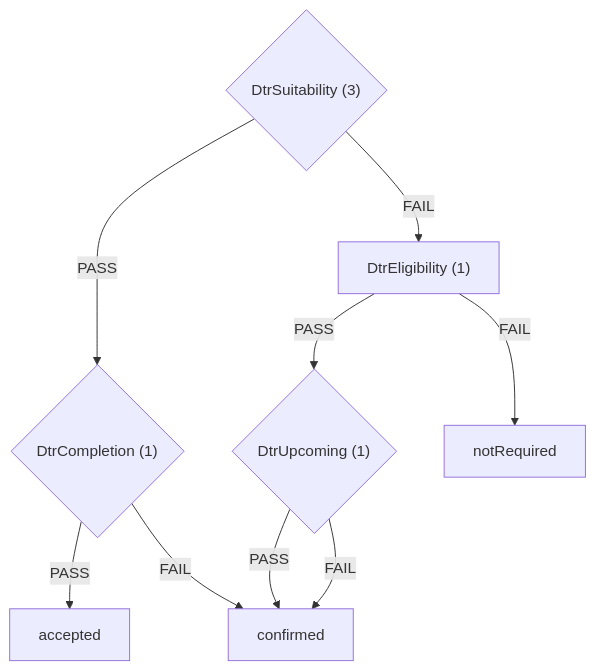
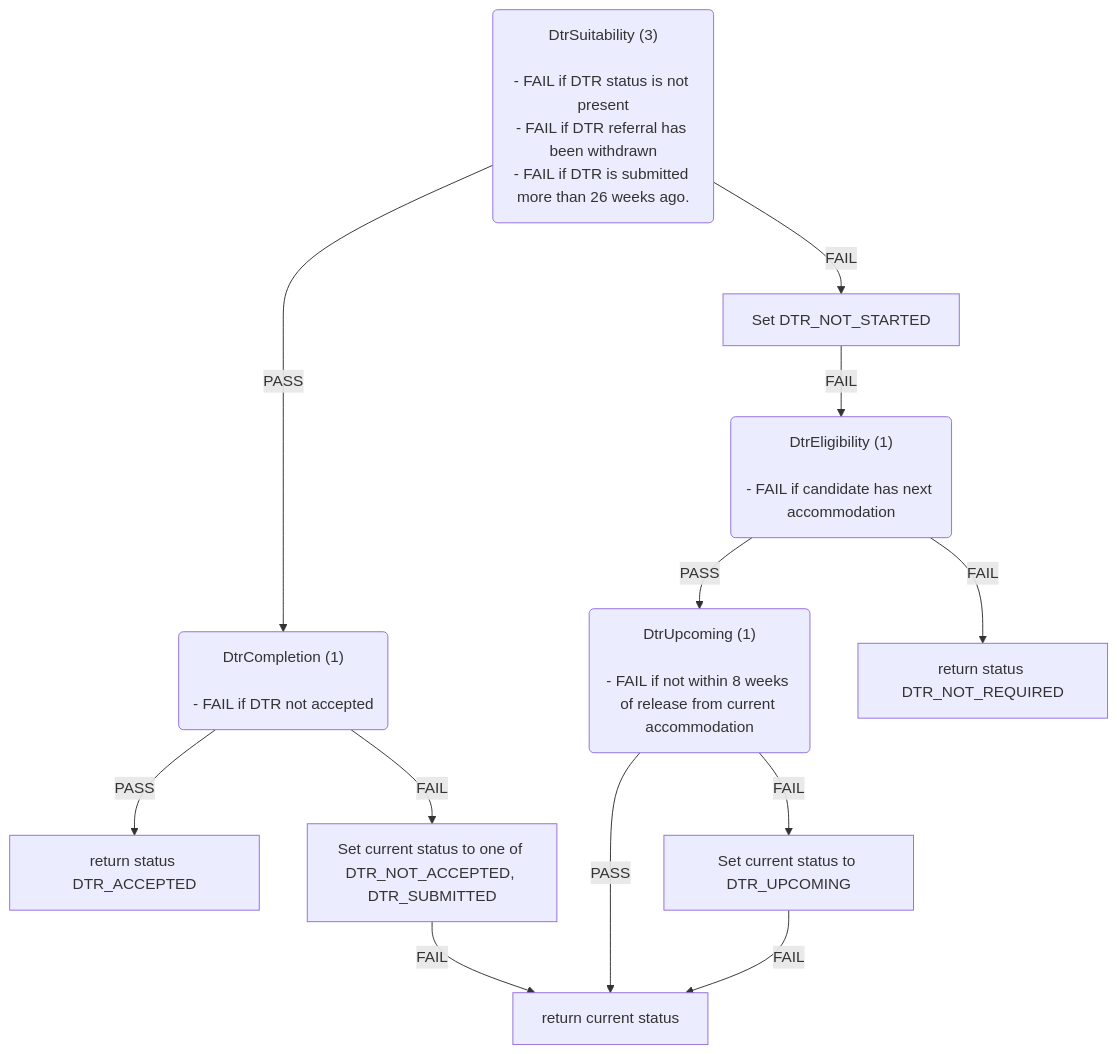
One commit to ministryofjustice/hmpps-single-accommodation-service-api changed the fifth of 6 diagrams in docs/eligibility-rules-graph.md. Above: the diagram before and after it, drawn with Mermaid. The commit also changed other lines of this file and 25 other files, not shown here.

First line of the commit message:
Rules graph improvements

````diff
--- a/docs/eligibility-rules-graph.md
+++ b/docs/eligibility-rules-graph.md
@@ -294,18 +388,34 @@
 ```mermaid
 flowchart TD
-  DtrSuitability{"DtrSuitability (3)"}
-  DtrCompletion{"DtrCompletion (1)"}
-  accepted["accepted"]
-  confirmed["confirmed"]
-  DtrEligibility["DtrEligibility (1)"]
-  DtrUpcoming{"DtrUpcoming (1)"}
-  notRequired["notRequired"]
-  DtrCompletion -->|PASS| accepted
-  DtrCompletion -->|FAIL| confirmed
-  DtrUpcoming -->|PASS| confirmed
-  DtrUpcoming -->|FAIL| confirmed
+  DtrSuitability("DtrSuitability (3)
+
+- FAIL if DTR status is not present
+- FAIL if DTR referral has been withdrawn
+- FAIL if DTR is submitted more than 26 weeks ago.")
+  DtrCompletion("DtrCompletion (1)
+
+- FAIL if DTR not accepted")
+  return_status_DTR_ACCEPTED["return status DTR_ACCEPTED"]
+  Set_current_status_to_one_of_DTR_NOT_ACCEPTED__DTR_SUBMITTED["Set current status to one of DTR_NOT_ACCEPTED, DTR_SUBMITTED"]
+  return_current_status["return current status"]
+  Set_DTR_NOT_STARTED["Set DTR_NOT_STARTED"]
+  DtrEligibility("DtrEligibility (1)
+
+- FAIL if candidate has next accommodation")
+  DtrUpcoming("DtrUpcoming (1)
+
+- FAIL if not within 8 weeks of release from current accommodation")
+  Set_current_status_to_DTR_UPCOMING["Set current status to DTR_UPCOMING"]
+  return_status_DTR_NOT_REQUIRED["return status DTR_NOT_REQUIRED"]
+  DtrCompletion -->|PASS| return_status_DTR_ACCEPTED
+  DtrCompletion -->|FAIL| Set_current_status_to_one_of_DTR_NOT_ACCEPTED__DTR_SUBMITTED
+  Set_current_status_to_one_of_DTR_NOT_ACCEPTED__DTR_SUBMITTED -->|FAIL| return_current_status
+  DtrSuitability -->|PASS| DtrCompletion
+  DtrSuitability -->|FAIL| Set_DTR_NOT_STARTED
+  DtrUpcoming -->|PASS| return_current_status
+  DtrUpcoming -->|FAIL| Set_current_status_to_DTR_UPCOMING
+  Set_current_status_to_DTR_UPCOMING -->|FAIL| return_current_status
   DtrEligibility -->|PASS| DtrUpcoming
-  DtrEligibility -->|FAIL| notRequired
-  DtrSuitability -->|PASS| DtrCompletion
-  DtrSuitability -->|FAIL| DtrEligibility
+  DtrEligibility -->|FAIL| return_status_DTR_NOT_REQUIRED
+  Set_DTR_NOT_STARTED -->|FAIL| DtrEligibility
 ```
````
